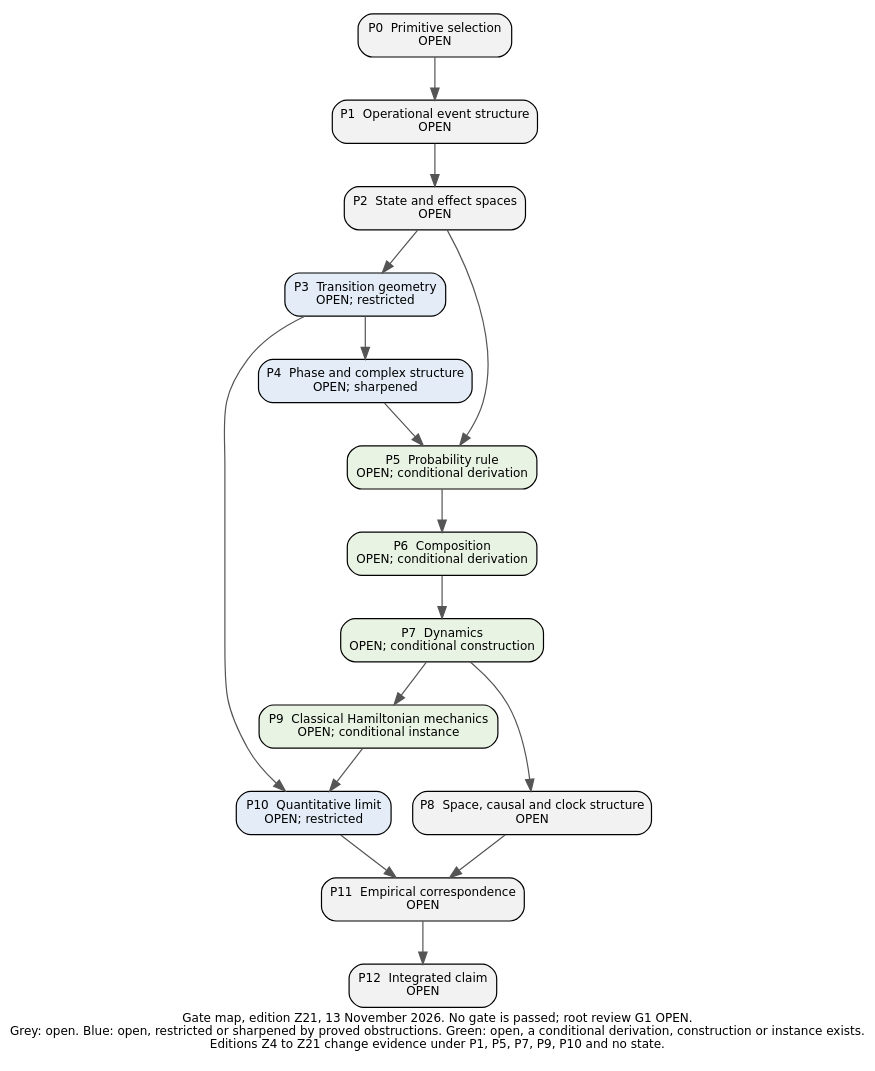
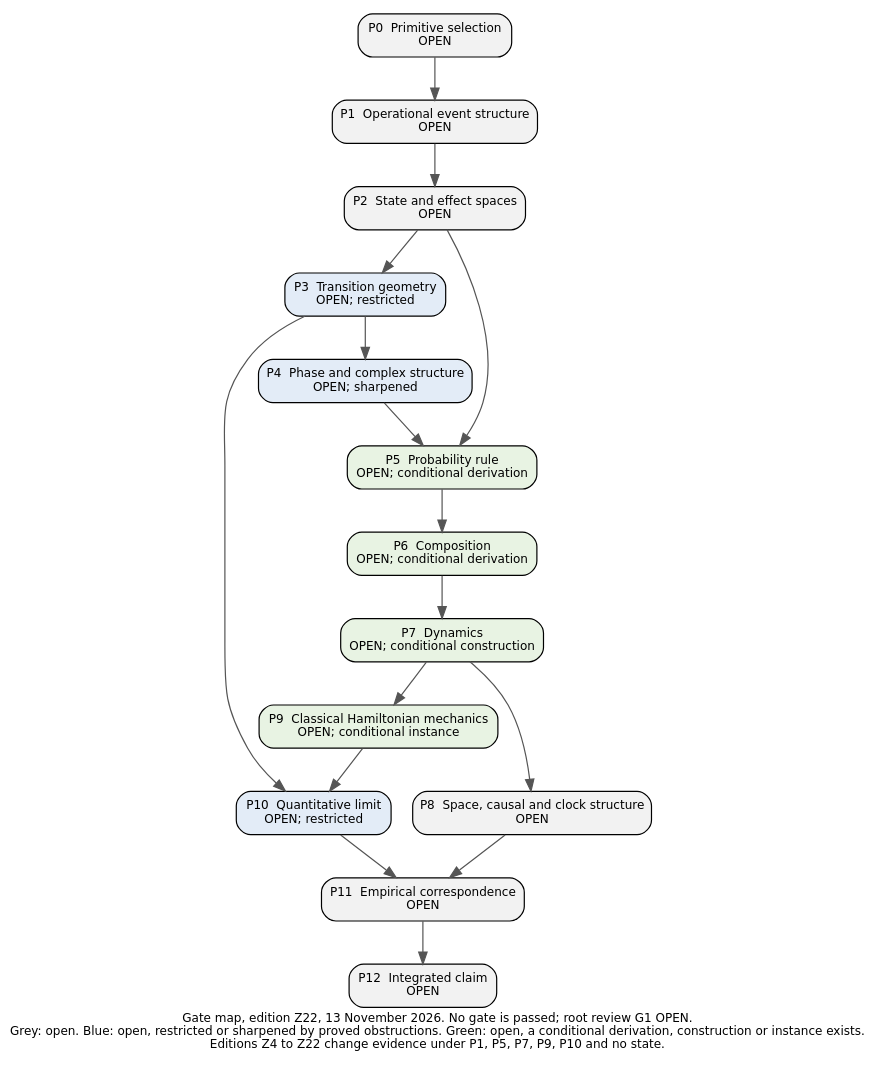
Before and after one commit to KirtusJ/From-Prephysical-Hypotheses-to-Physical-Models: the diagram in edition/PROGRAM/figures/Gate_Map_2026-11-13.dot, drawn with Graphviz. The commit also changed 62 other files, not shown here.

```diff
--- a/edition/PROGRAM/figures/Gate_Map_2026-11-13.dot
+++ b/edition/PROGRAM/figures/Gate_Map_2026-11-13.dot
@@ -1,30 +1,30 @@
-digraph G { rankdir=TB; node [shape=box, style="filled,rounded", fontname="DejaVu Sans", fontsize=10, margin="0.12,0.07"]; edge [color="#555555"]; label="Gate map, edition Z21, 13 November 2026. No gate is passed; root review G1 OPEN.\nGrey: open. Blue: open, restricted or sharpened by proved obstructions. Green: open, a conditional derivation, construction or instance exists.\nEditions Z4 to Z21 change evidence under P1, P5, P7, P9, P10 and no state."; fontname="DejaVu Sans"; fontsize=10; labelloc=b;
+digraph G { rankdir=TB; node [shape=box, style="filled,rounded", fontname="DejaVu Sans", fontsize=10, margin="0.12,0.07"]; edge [color="#555555"]; label="Gate map, edition Z22, 13 November 2026. No gate is passed; root review G1 OPEN.\nGrey: open. Blue: open, restricted or sharpened by proved obstructions. Green: open, a conditional derivation, construction or instance exists.\nEditions Z4 to Z22 change evidence under P1, P5, P7, P9, P10 and no state."; fontname="DejaVu Sans"; fontsize=10; labelloc=b;
 P0 [label="P0  Primitive selection\nOPEN", fillcolor="#f2f2f2"];
 P1 [label="P1  Operational event structure\nOPEN", fillcolor="#f2f2f2"];
 P2 [label="P2  State and effect spaces\nOPEN", fillcolor="#f2f2f2"];
 P3 [label="P3  Transition geometry\nOPEN; restricted", fillcolor="#e3ecf7"];
 P4 [label="P4  Phase and complex structure\nOPEN; sharpened", fillcolor="#e3ecf7"];
 P5 [label="P5  Probability rule\nOPEN; conditional derivation", fillcolor="#e8f3e3"];
 P6 [label="P6  Composition\nOPEN; conditional derivation", fillcolor="#e8f3e3"];
 P7 [label="P7  Dynamics\nOPEN; conditional construction", fillcolor="#e8f3e3"];
 P8 [label="P8  Space, causal and clock structure\nOPEN", fillcolor="#f2f2f2"];
 P9 [label="P9  Classical Hamiltonian mechanics\nOPEN; conditional instance", fillcolor="#e8f3e3"];
 P10 [label="P10  Quantitative limit\nOPEN; restricted", fillcolor="#e3ecf7"];
 P11 [label="P11  Empirical correspondence\nOPEN", fillcolor="#f2f2f2"];
 P12 [label="P12  Integrated claim\nOPEN", fillcolor="#f2f2f2"];
 P0 -> P1;
 P1 -> P2;
 P2 -> P3;
 P3 -> P4;
 P2 -> P5;
 P4 -> P5;
 P5 -> P6;
 P6 -> P7;
 P7 -> P8;
 P7 -> P9;
 P3 -> P10;
 P9 -> P10;
 P8 -> P11;
 P10 -> P11;
 P11 -> P12;
 }
```
